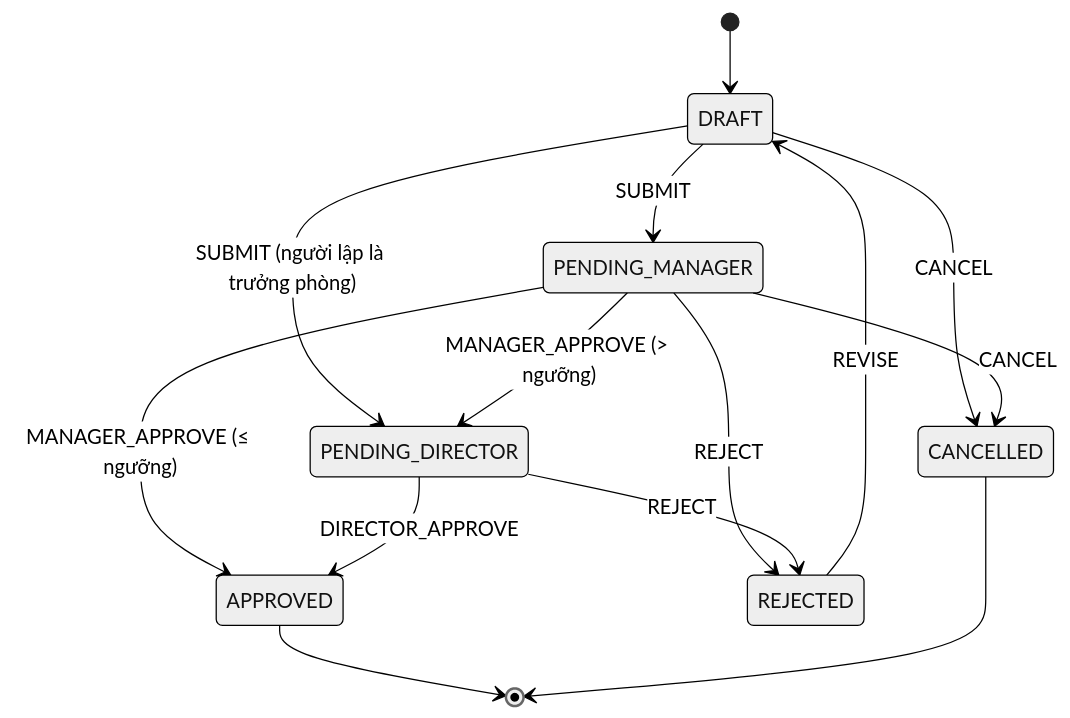
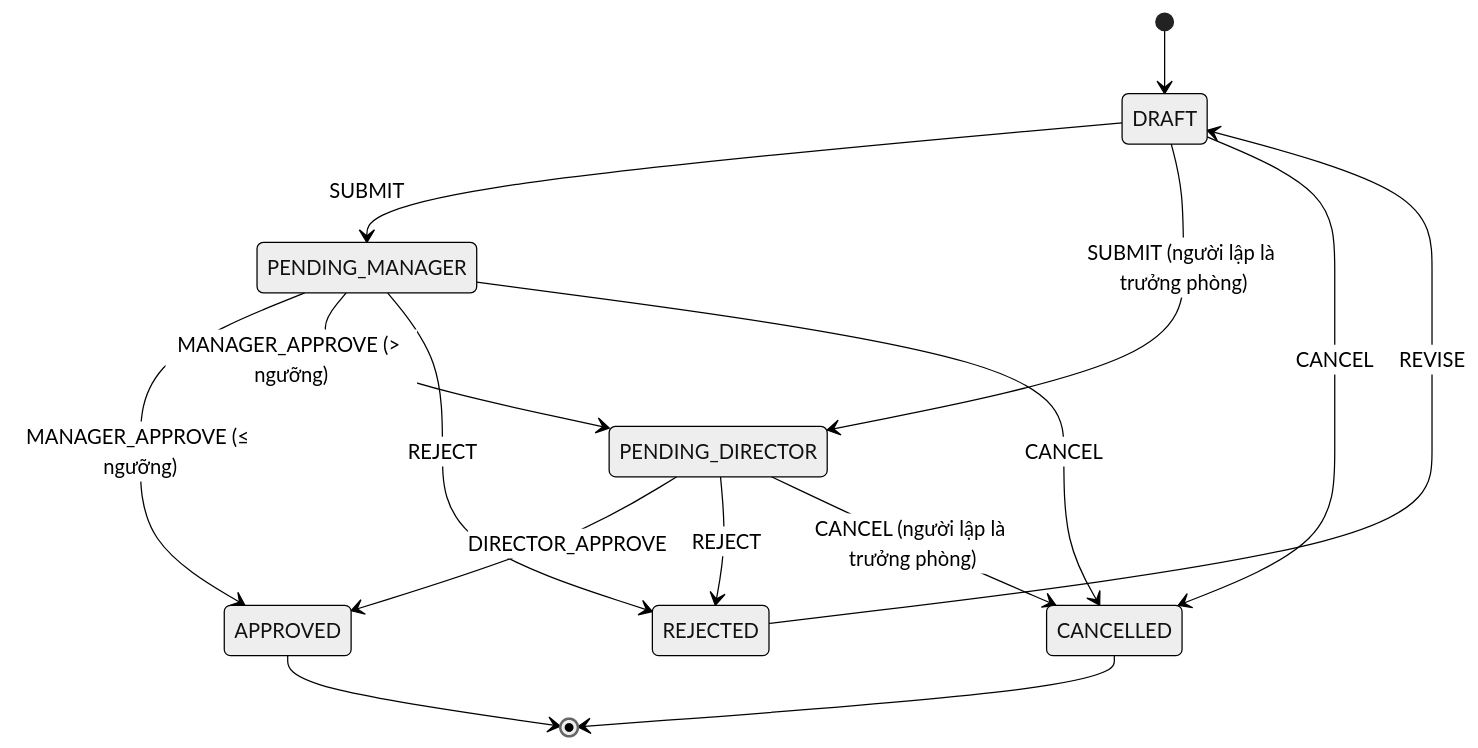
One commit to yutobeo2024/Business-webapp-kit changed the diagram in template/docs/specs/001-phieu-de-nghi-mua-hang.md. Above: the diagram before and after it, drawn with Mermaid (neutral theme). The commit also changed other lines of this file and 25 other files, not shown here.

````diff
--- a/template/docs/specs/001-phieu-de-nghi-mua-hang.md
+++ b/template/docs/specs/001-phieu-de-nghi-mua-hang.md
@@ -34,16 +34,17 @@
 ```mermaid
 stateDiagram-v2
   [*] --> DRAFT
   DRAFT --> PENDING_MANAGER: SUBMIT
   DRAFT --> PENDING_DIRECTOR: SUBMIT (người lập là trưởng phòng)
   PENDING_MANAGER --> APPROVED: MANAGER_APPROVE (≤ ngưỡng)
   PENDING_MANAGER --> PENDING_DIRECTOR: MANAGER_APPROVE (> ngưỡng)
   PENDING_DIRECTOR --> APPROVED: DIRECTOR_APPROVE
   PENDING_MANAGER --> REJECTED: REJECT
   PENDING_DIRECTOR --> REJECTED: REJECT
   REJECTED --> DRAFT: REVISE
   DRAFT --> CANCELLED: CANCEL
   PENDING_MANAGER --> CANCELLED: CANCEL
+  PENDING_DIRECTOR --> CANCELLED: CANCEL (người lập là trưởng phòng)
   APPROVED --> [*]
   CANCELLED --> [*]
 ```
````
